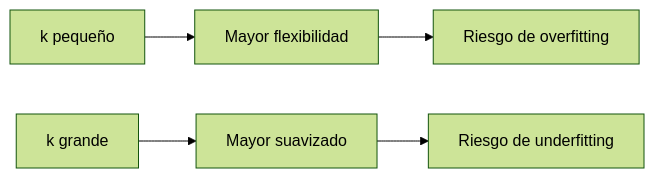
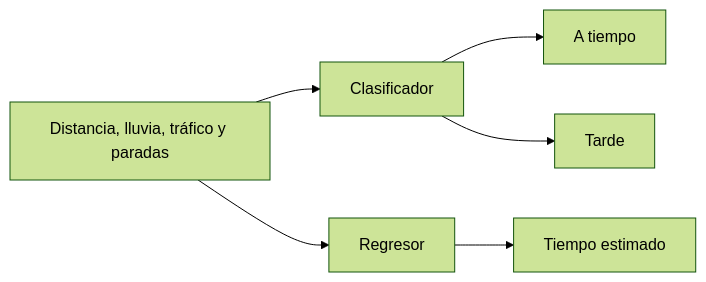
The second of 34 diagrams in Séptimo Semestre/Temas Selectos I/Segundo Parcial/8. Repaso Parcial.md (AxelIvanArroyoLara/Notes), drawn with Mermaid (forest theme) before and after one commit. The commit also changed other lines of this file and 1 other file, not shown here.

````diff
--- a/Séptimo Semestre/Temas Selectos I/Segundo Parcial/8. Repaso Parcial.md
+++ b/Séptimo Semestre/Temas Selectos I/Segundo Parcial/8. Repaso Parcial.md
@@ -313,7 +77,12 @@
 ```mermaid  
 flowchart LR  
-A["k pequeño"] --> B["Mayor flexibilidad"]  
-B --> C["Riesgo de overfitting"]  
-D["k grande"] --> E["Mayor suavizado"]  
-E --> F["Riesgo de underfitting"]  
+X["Distancia, lluvia, tráfico y paradas"]  
+  
+X --> C["Clasificador"]  
+X --> R["Regresor"]  
+  
+C --> C0["A tiempo"]  
+C --> C1["Tarde"]  
+  
+R --> T["Tiempo estimado"]  
 ```  
````
